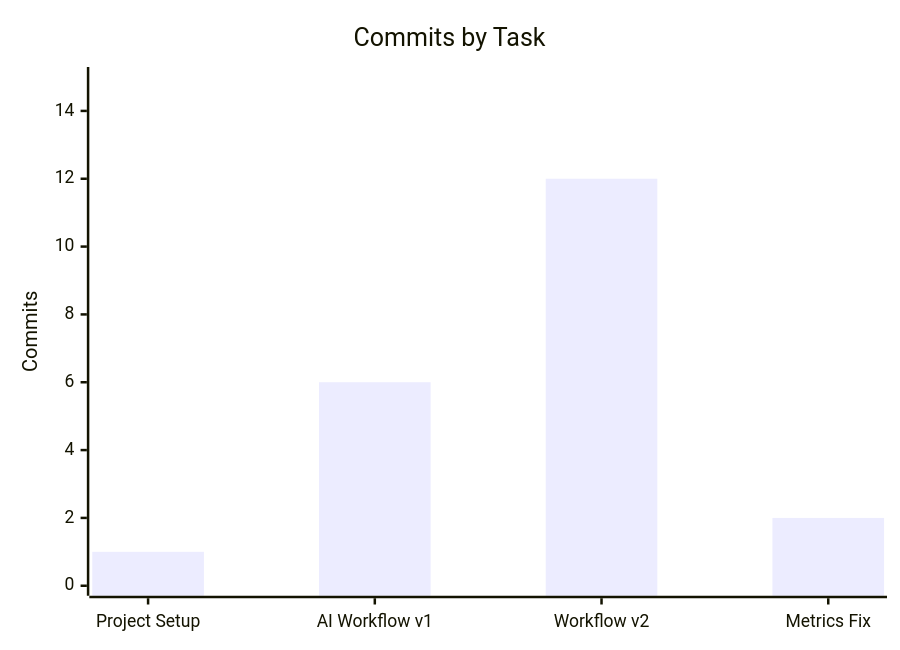
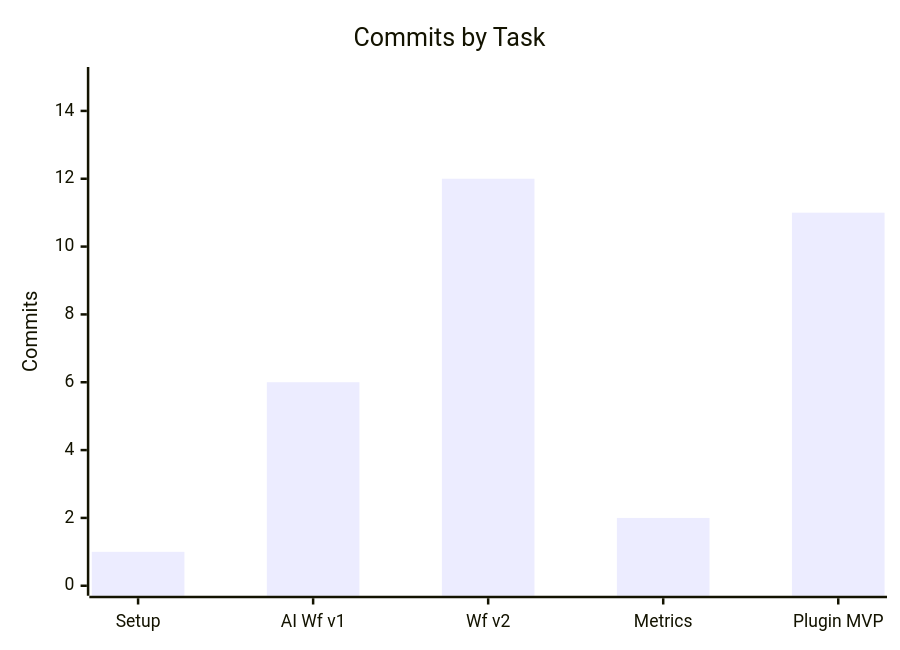
Before and after one commit to atlantdak/claude-code-hackathon-xbo-market-kit: the second of 7 diagrams in README.md, drawn with Mermaid. The commit also changed other lines of this file, not shown here.

First line of the commit message:
docs: update README with Day 2 metrics and MVP status

````diff
--- a/README.md
+++ b/README.md
@@ -67,7 +68,7 @@
 ```mermaid
 xychart-beta
     title "Commits by Task"
-    x-axis ["Project Setup", "AI Workflow v1", "Workflow v2", "Metrics Fix"]
+    x-axis ["Setup", "AI Wf v1", "Wf v2", "Metrics", "Plugin MVP"]
     y-axis "Commits" 0 --> 15
-    bar [1, 6, 12, 2]
+    bar [1, 6, 12, 2, 11]
 ```
````
